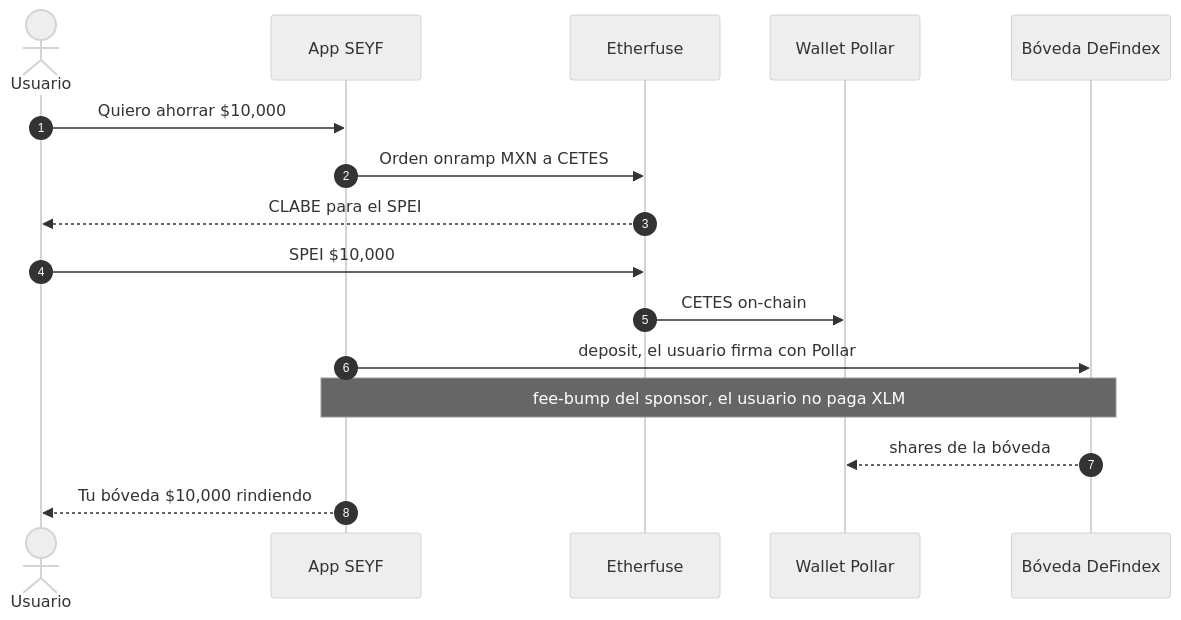
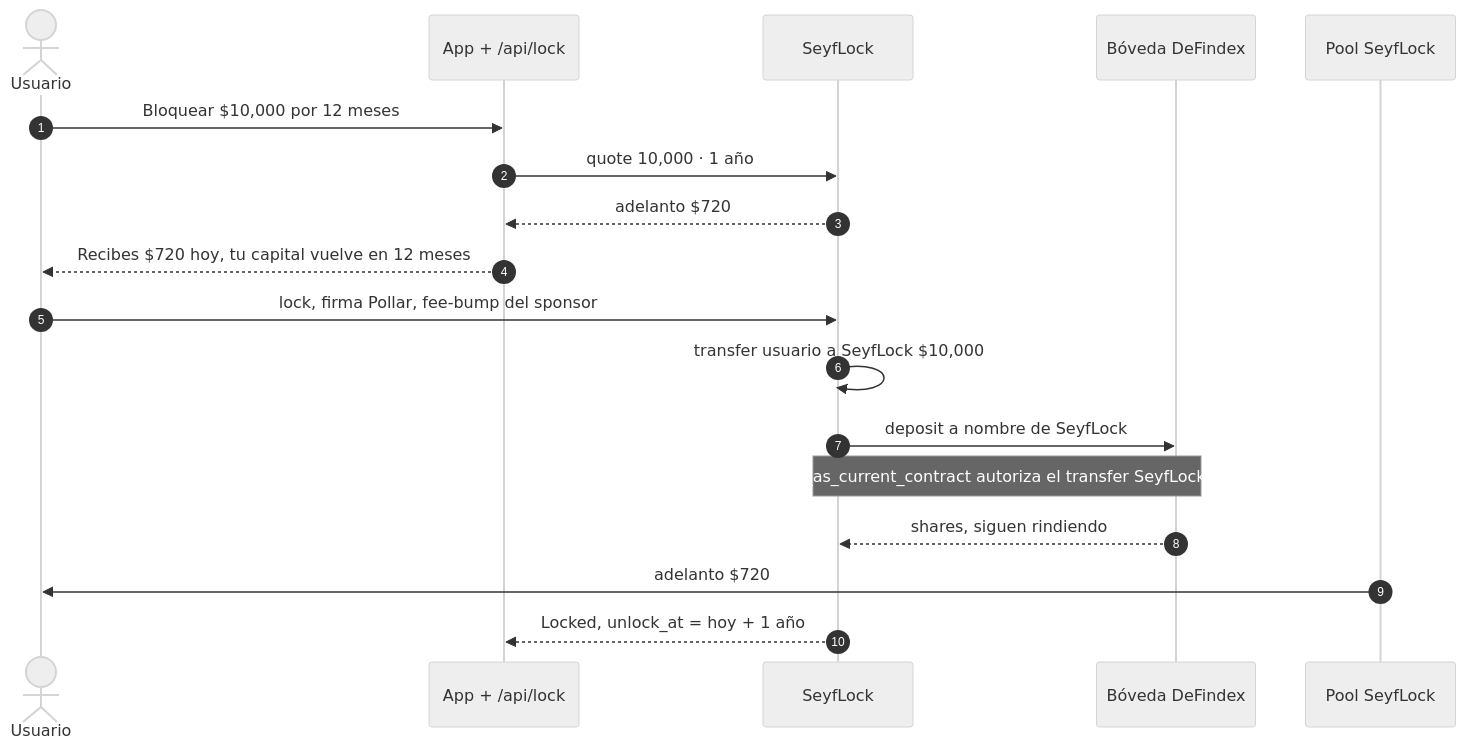
Before and after one commit to Seyfert-Labs/SEYF-P: the second of 5 diagrams in docs/hackmeridian-plan.md, drawn with Mermaid (neutral theme). The commit also changed other lines of this file and 10 other files, not shown here.

First line of the commit message:
feat(seyf-lock): contrato Soroban de capital bloqueado + adelanto de rendimiento

````diff
--- a/docs/hackmeridian-plan.md
+++ b/docs/hackmeridian-plan.md
@@ -78,19 +81,21 @@
 ```mermaid
 sequenceDiagram
     autonumber
     actor U as Usuario
-    participant App as App SEYF
-    participant EF as Etherfuse
-    participant W as Wallet Pollar
+    participant App as App + /api/lock
+    participant L as SeyfLock
     participant DF as Bóveda DeFindex
+    participant P as Pool SeyfLock
 
-    U->>App: Quiero ahorrar $10,000
-    App->>EF: Orden onramp MXN a CETES
-    EF-->>U: CLABE para el SPEI
-    U->>EF: SPEI $10,000
-    EF->>W: CETES on-chain
-    App->>DF: deposit, el usuario firma con Pollar
-    Note over App,DF: fee-bump del sponsor, el usuario no paga XLM
-    DF-->>W: shares de la bóveda
-    App-->>U: Tu bóveda $10,000 rindiendo
+    U->>App: Bloquear $10,000 por 12 meses
+    App->>L: quote 10,000 · 1 año
+    L-->>App: adelanto $720
+    App-->>U: Recibes $720 hoy, tu capital vuelve en 12 meses
+    U->>L: lock, firma Pollar, fee-bump del sponsor
+    L->>L: transfer usuario a SeyfLock $10,000
+    L->>DF: deposit a nombre de SeyfLock
+    Note over L,DF: authorize_as_current_contract autoriza el transfer SeyfLock a bóveda
+    DF-->>L: shares, siguen rindiendo
+    P->>U: adelanto $720
+    L-->>App: Locked, unlock_at = hoy + 1 año
 ```
````
